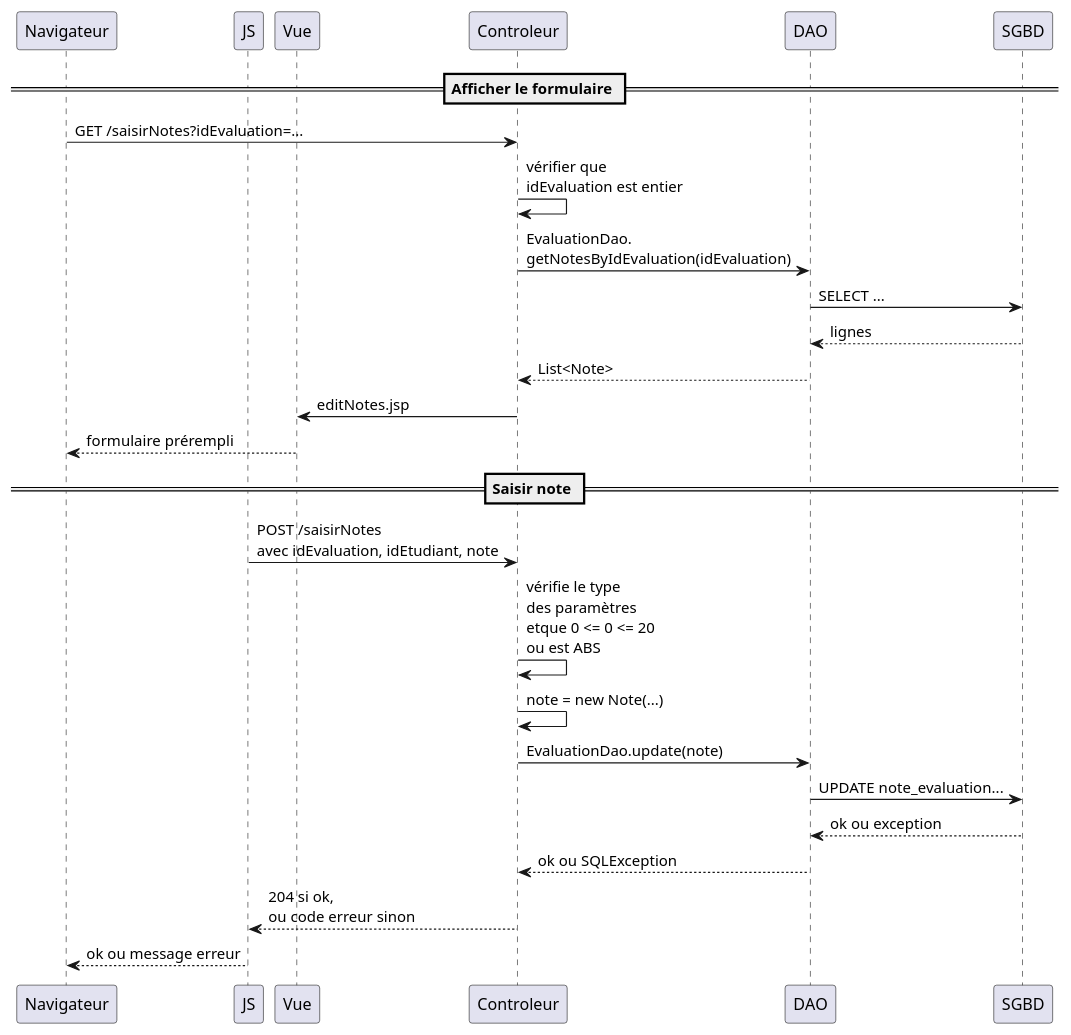
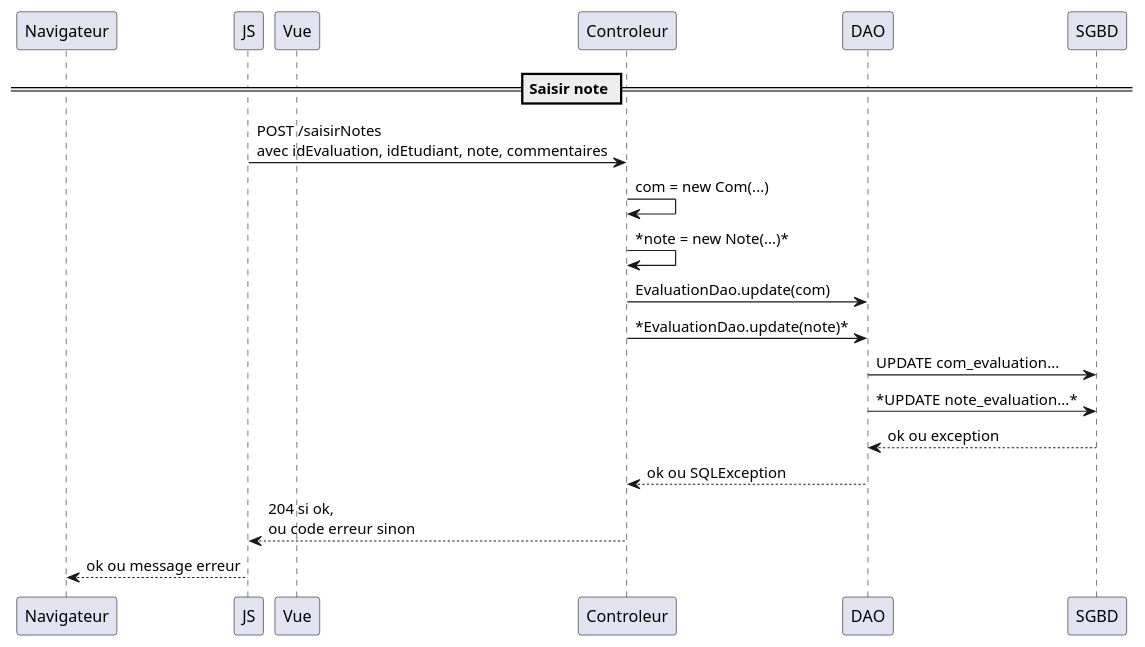
One commit to michel-plasse/SIOMassy2022 changed the diagram in src/main/uml/saisirNotes.puml. Above: the diagram before and after it, drawn with PlantUML. The commit also changed 6 other files, not shown here.

```diff
--- a/src/main/uml/saisirNotes.puml
+++ b/src/main/uml/saisirNotes.puml
@@ -1,26 +1,18 @@
 @startuml
 participant Navigateur
 participant JS
 participant Vue
 
-== Afficher le formulaire ==
-Navigateur -> Controleur: GET /saisirNotes?idEvaluation=...
-Controleur -> Controleur: vérifier que\nidEvaluation est entier
-Controleur -> DAO: EvaluationDao.\ngetNotesByIdEvaluation(idEvaluation)
-DAO -> SGBD: SELECT ...
-SGBD --> DAO: lignes
-DAO --> Controleur: List<Note>
-Controleur -> Vue: editNotes.jsp
-Vue --> Navigateur: formulaire prérempli
-
 == Saisir note ==
-JS -> Controleur: POST /saisirNotes\navec idEvaluation, idEtudiant, note
-Controleur -> Controleur: vérifie le type\ndes paramètres\netque 0 <= 0 <= 20\nou est ABS
-Controleur -> Controleur: note = new Note(...)
-Controleur -> DAO: EvaluationDao.update(note)
-DAO -> SGBD: UPDATE note_evaluation...
+JS -> Controleur: POST /saisirNotes\navec idEvaluation, idEtudiant, note, commentaires
+Controleur -> Controleur: com = new Com(...)
+Controleur -> Controleur: *note = new Note(...)*
+Controleur -> DAO: EvaluationDao.update(com)
+Controleur -> DAO: *EvaluationDao.update(note)*
+DAO -> SGBD: UPDATE com_evaluation...
+DAO -> SGBD: *UPDATE note_evaluation...*
 SGBD --> DAO: ok ou exception
 DAO --> Controleur: ok ou SQLException
 Controleur --> JS: 204 si ok,\nou code erreur sinon
 JS --> Navigateur: ok ou message erreur
 @enduml
```
